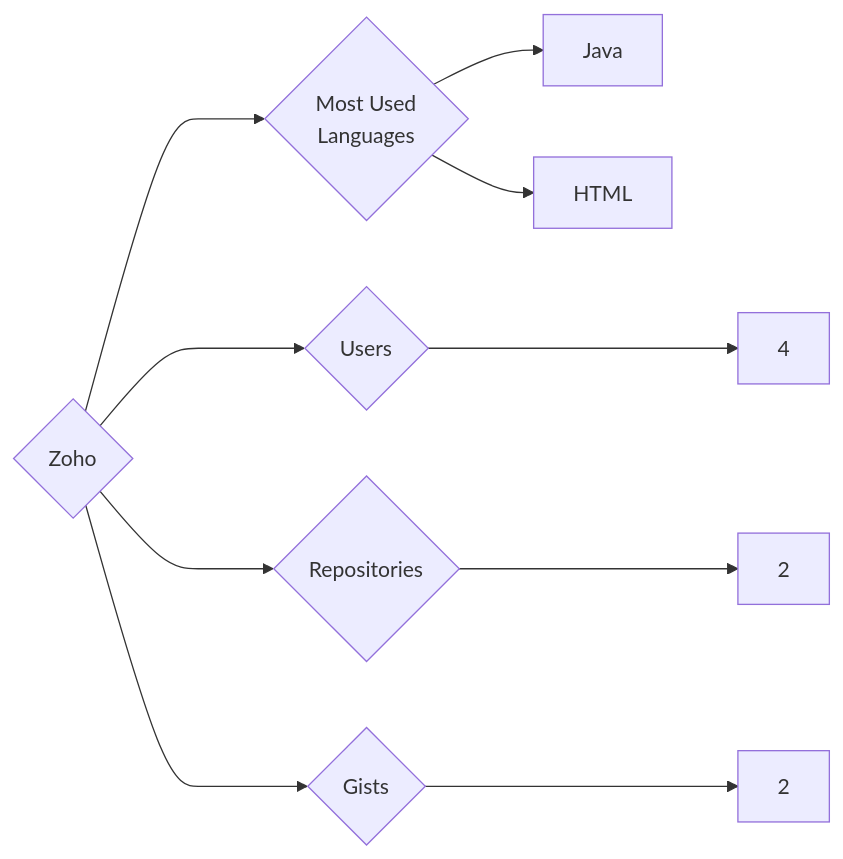
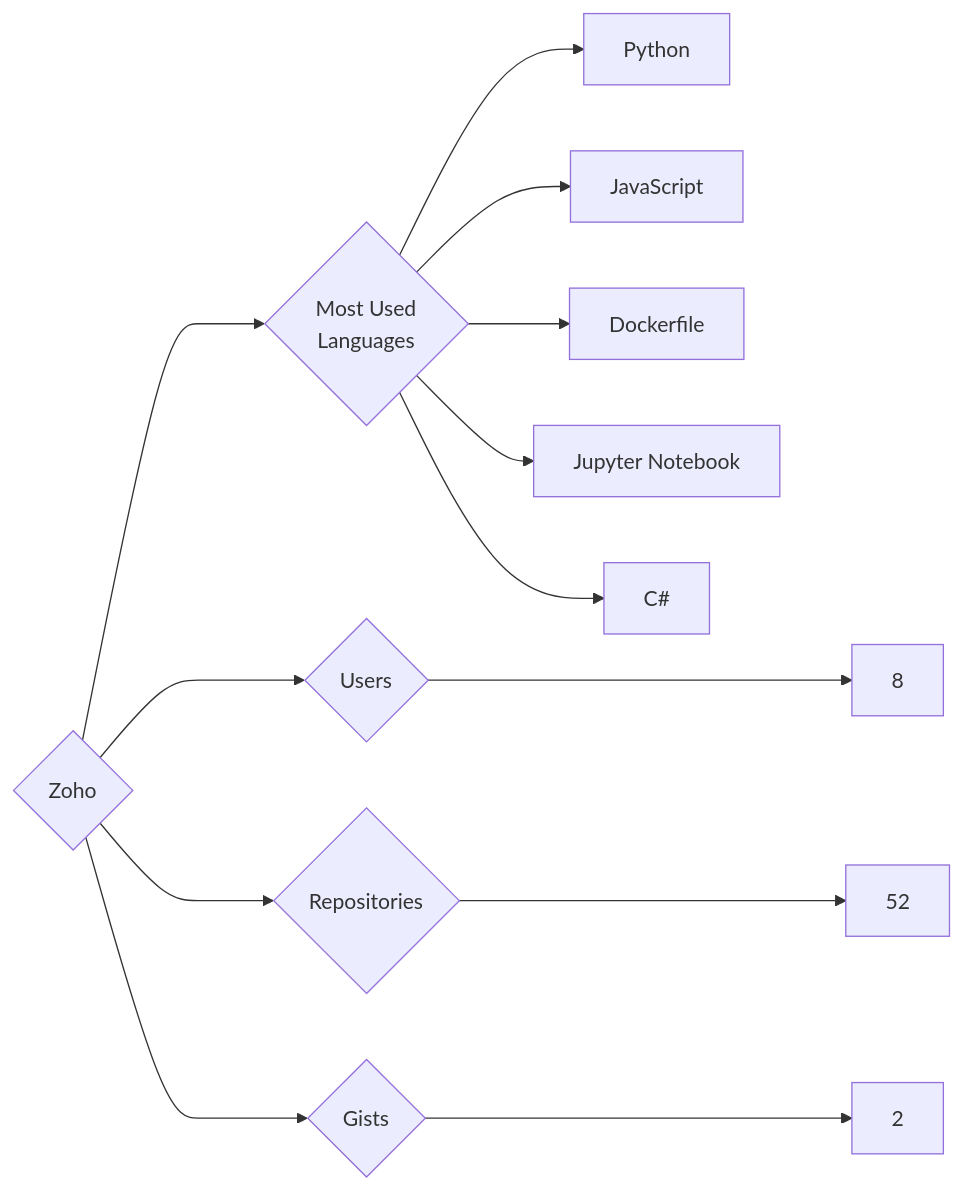
The diagram in targets/Zoho/README.md (trickest/insiders), drawn with Mermaid before and after one commit. The commit also changed 1696 other files, not shown here.

````diff
--- a/targets/Zoho/README.md
+++ b/targets/Zoho/README.md
@@ -3,10 +3,13 @@
 ```mermaid
 graph LR
 COMPANY_NAME{Zoho}
-COMPANY_NAME ---> U{Users} ---> UN[4]
-COMPANY_NAME ---> R{Repositories} ---> RN[2]
+COMPANY_NAME ---> U{Users} ---> UN[8]
+COMPANY_NAME ---> R{Repositories} ---> RN[52]
 COMPANY_NAME ---> G{Gists} ---> GN[2]
 COMPANY_NAME ---> ML{Most Used<br>Languages}
-ML --> Java[Java]
-ML --> HTML[HTML]
+ML --> Python[Python]
+ML --> JavaScript[JavaScript]
+ML --> Dockerfile[Dockerfile]
+ML --> Jupyter_Notebook[Jupyter Notebook]
+ML --> C#[C#]
 ```
````
